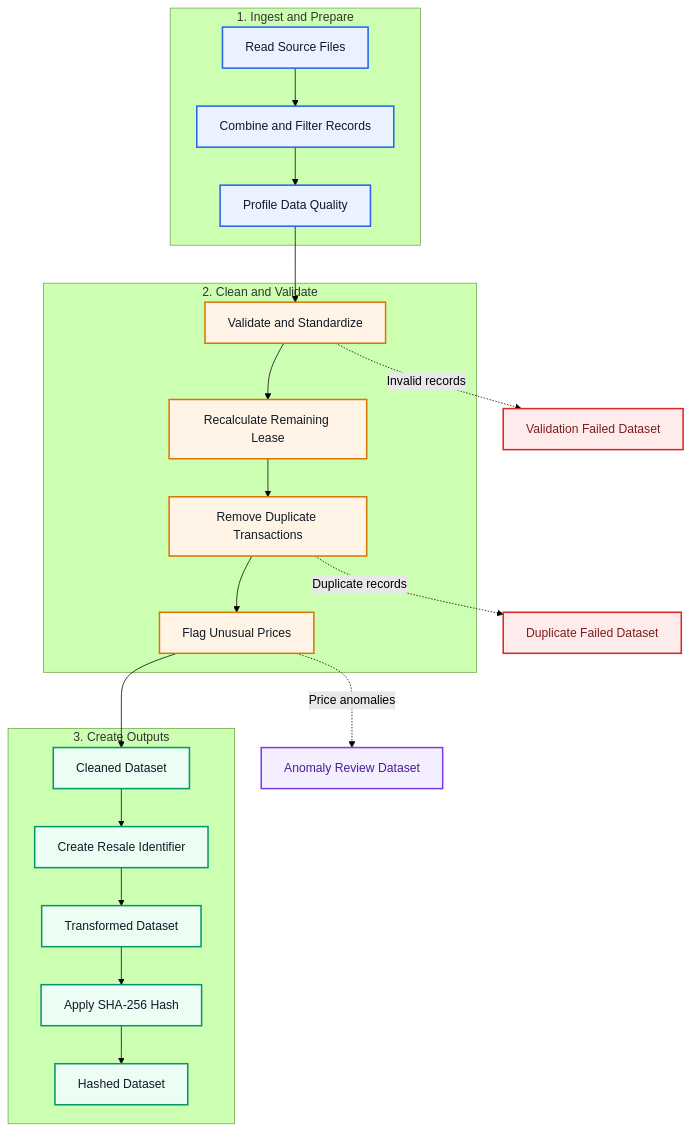
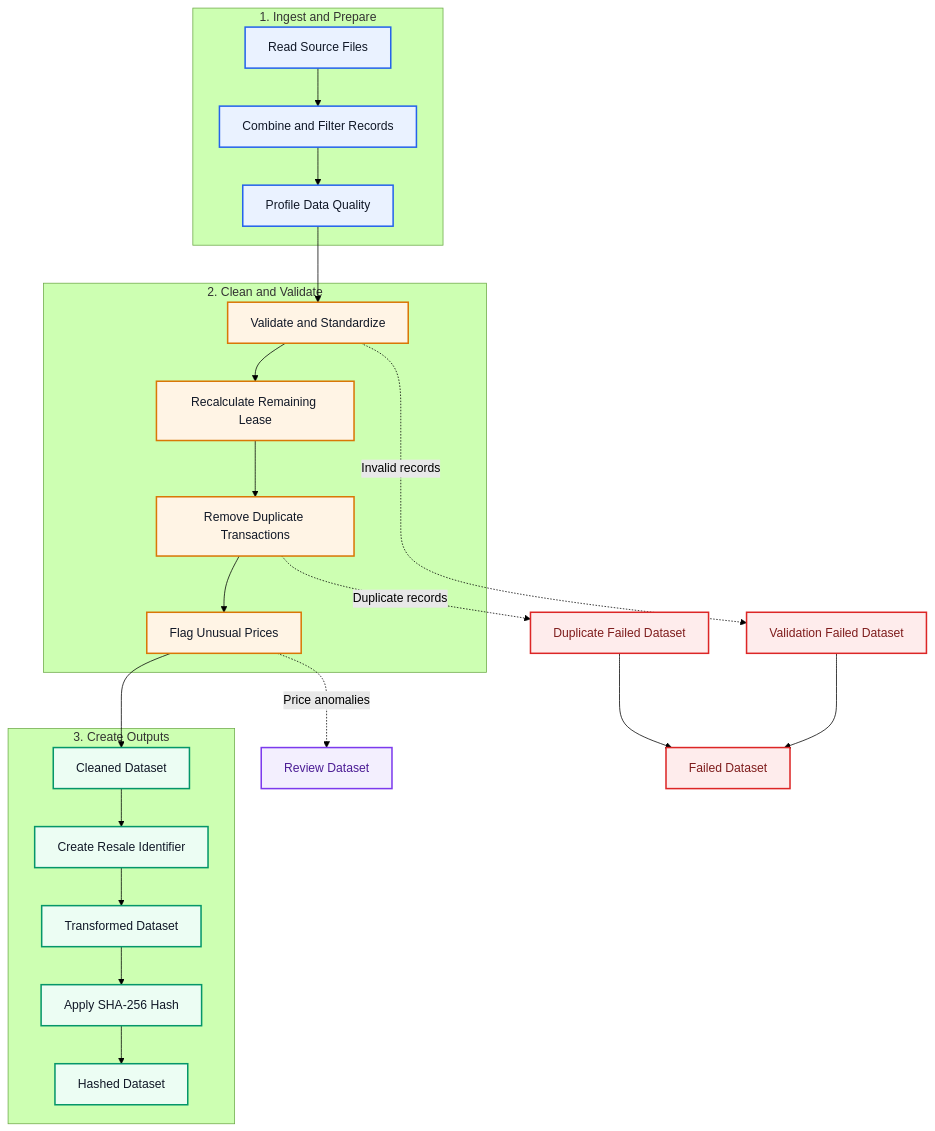
Before and after one commit to blaire101/HDB_SDE_Technical_Test_26: the diagram in README.md, drawn with Mermaid (forest theme).

Commit message:
+ update readme

````diff
--- a/README.md
+++ b/README.md
@@ -10,46 +10,50 @@
 ```mermaid
 flowchart TD
     subgraph P1[1. Ingest and Prepare]
         A[Read Source Files]
         B[Combine and Filter Records]
         C[Profile Data Quality]
         A --> B --> C
     end
 
     subgraph P2[2. Clean and Validate]
         D[Validate and Standardize]
         E[Recalculate Remaining Lease]
         F[Remove Duplicate Transactions]
         G[Flag Unusual Prices]
         D --> E --> F --> G
     end
 
     subgraph P3[3. Create Outputs]
         H[Cleaned Dataset]
         I[Create Resale Identifier]
         J[Transformed Dataset]
         K[Apply SHA-256 Hash]
         L[Hashed Dataset]
 
         H --> I --> J --> K --> L
     end
 
     C --> D
     G --> H
 
     D -. Invalid records .-> X1[Validation Failed Dataset]
     F -. Duplicate records .-> X2[Duplicate Failed Dataset]
-    G -. Price anomalies .-> Y[Anomaly Review Dataset]
+
+    X1 --> X[Failed Dataset]
+    X2 --> X
+
+    G -. Price anomalies .-> Y[Review Dataset]
 
     classDef ingest fill:#EAF2FF,stroke:#2563EB,stroke-width:2px,color:#111827;
     classDef quality fill:#FFF4E5,stroke:#D97706,stroke-width:2px,color:#111827;
     classDef output fill:#ECFDF3,stroke:#059669,stroke-width:2px,color:#111827;
     classDef failed fill:#FEECEC,stroke:#DC2626,stroke-width:2px,color:#7F1D1D;
     classDef review fill:#F3EFFE,stroke:#7C3AED,stroke-width:2px,color:#4C1D95;
 
     class A,B,C ingest;
     class D,E,F,G quality;
     class H,I,J,K,L output;
-    class X1,X2 failed;
+    class X1,X2,X failed;
     class Y review;
 ```
````
